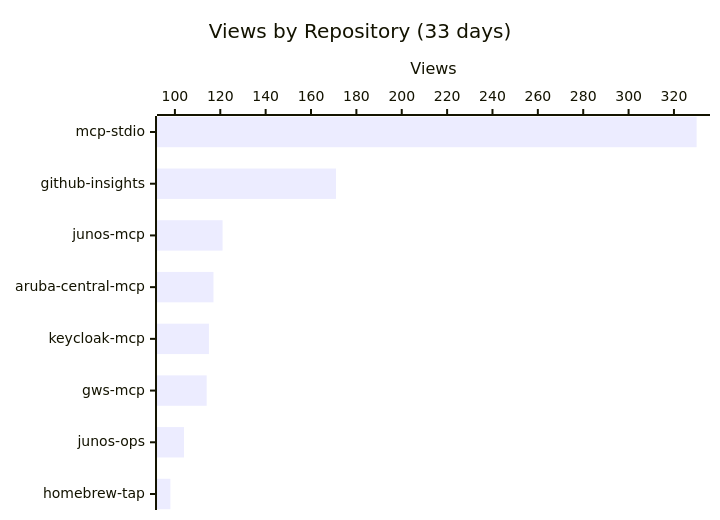
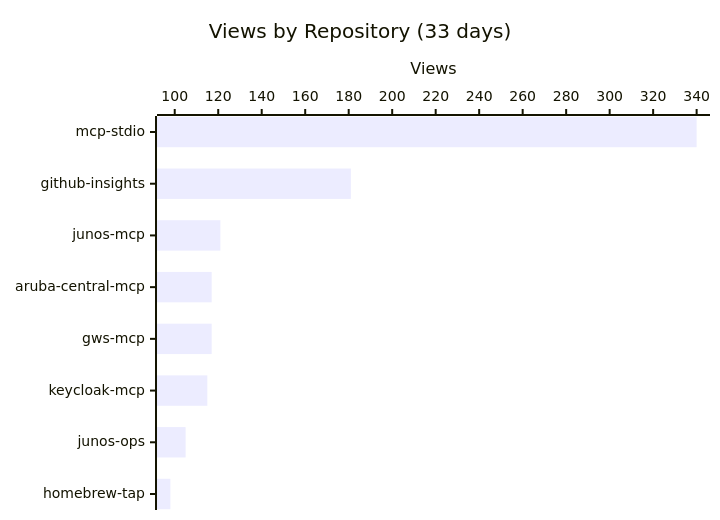
Before and after one commit to shigechika/github-insights: the first of 3 diagrams in README.md, drawn with Mermaid. The commit also changed other lines of this file and 1 other file, not shown here.

````diff
--- a/README.md
+++ b/README.md
@@ -14,7 +14,7 @@
 ```mermaid
 xychart-beta horizontal
     title "Views by Repository (33 days)"
-    x-axis ["mcp-stdio", "github-insights", "junos-mcp", "aruba-central-mcp", "keycloak-mcp", "gws-mcp", "junos-ops", "homebrew-tap"]
+    x-axis ["mcp-stdio", "github-insights", "junos-mcp", "aruba-central-mcp", "gws-mcp", "keycloak-mcp", "junos-ops", "homebrew-tap"]
     y-axis "Views"
-    bar [330, 171, 121, 117, 115, 114, 104, 98]
+    bar [340, 181, 121, 117, 117, 115, 105, 98]
 ```
````
